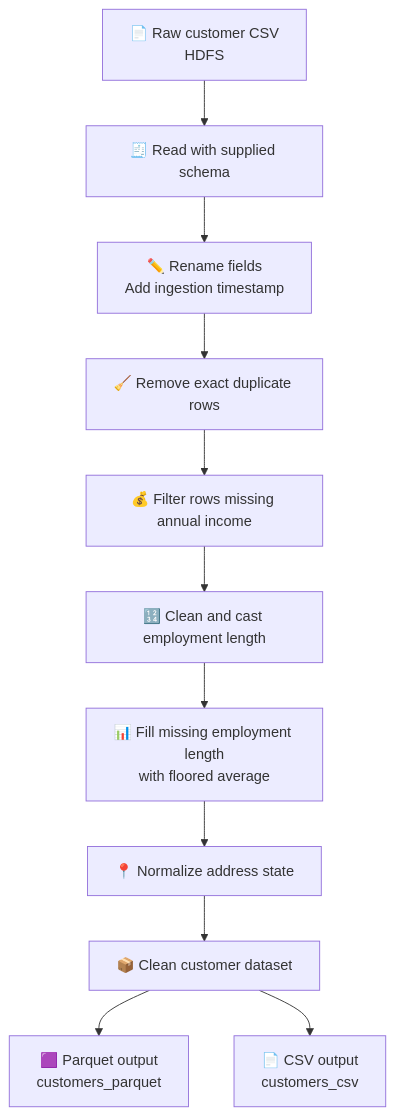
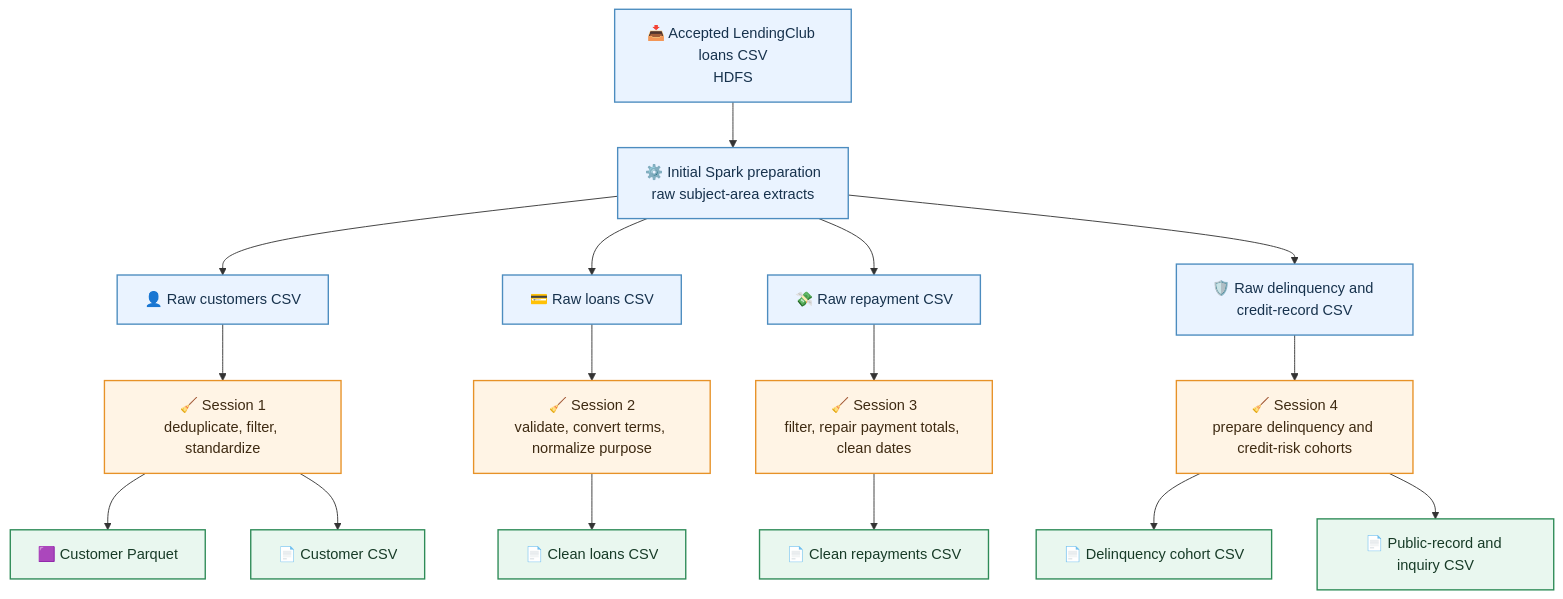
Before and after one commit to mohammed1195/Data_Engineering_Banking-Data: the first of 2 diagrams in README.md, drawn with Mermaid. The commit also changed other lines of this file, not shown here.

First line of the commit message:
Revise README for LendingClub Data Cleaning project

````diff
--- a/README.md
+++ b/README.md
@@ -20,13 +21,30 @@
 ```mermaid
 flowchart TD
-    A[📄 Raw customer CSV<br/>HDFS] --> B[🧾 Read with supplied schema]
-    B --> C[✏️ Rename fields<br/>Add ingestion timestamp]
-    C --> D[🧹 Remove exact duplicate rows]
-    D --> E[💰 Filter rows missing annual income]
-    E --> F[🔢 Clean and cast employment length]
-    F --> G[📊 Fill missing employment length<br/>with floored average]
-    G --> H[📍 Normalize address state]
-    H --> I[📦 Clean customer dataset]
-    I --> J[🟪 Parquet output<br/>customers_parquet]
-    I --> K[📄 CSV output<br/>customers_csv]
+    A[📥 Accepted LendingClub loans CSV<br/>HDFS] --> B[⚙️ Initial Spark preparation<br/>raw subject-area extracts]
+
+    B --> C[👤 Raw customers CSV]
+    B --> D[💳 Raw loans CSV]
+    B --> E[💸 Raw repayment CSV]
+    B --> F[🛡️ Raw delinquency and credit-record CSV]
+
+    C --> C1[🧹 Session 1<br/>deduplicate, filter, standardize]
+    C1 --> C2[🟪 Customer Parquet]
+    C1 --> C3[📄 Customer CSV]
+
+    D --> D1[🧹 Session 2<br/>validate, convert terms, normalize purpose]
+    D1 --> D2[📄 Clean loans CSV]
+
+    E --> E1[🧹 Session 3<br/>filter, repair payment totals, clean dates]
+    E1 --> E2[📄 Clean repayments CSV]
+
+    F --> F1[🧹 Session 4<br/>prepare delinquency and credit-risk cohorts]
+    F1 --> F2[📄 Delinquency cohort CSV]
+    F1 --> F3[📄 Public-record and inquiry CSV]
+
+    classDef source fill:#EAF3FF,stroke:#4C8CBF,color:#17324D,stroke-width:1.5px;
+    classDef cleaning fill:#FFF4E5,stroke:#E79228,color:#3E2A12,stroke-width:1.5px;
+    classDef output fill:#E9F7EF,stroke:#2E8B57,color:#173B27,stroke-width:1.5px;
+    class A,B,C,D,E,F source;
+    class C1,D1,E1,F1 cleaning;
+    class C2,C3,D2,E2,F2,F3 output;
 ```
````
